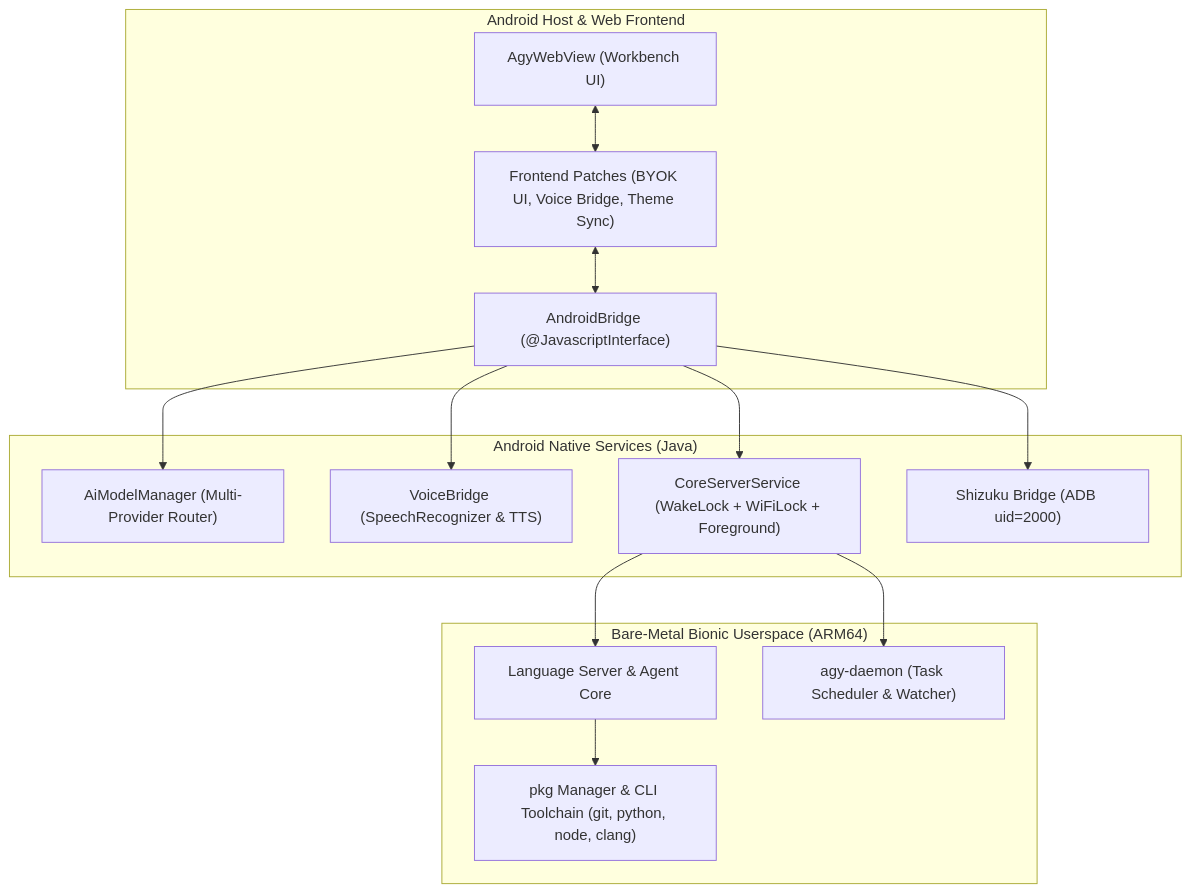
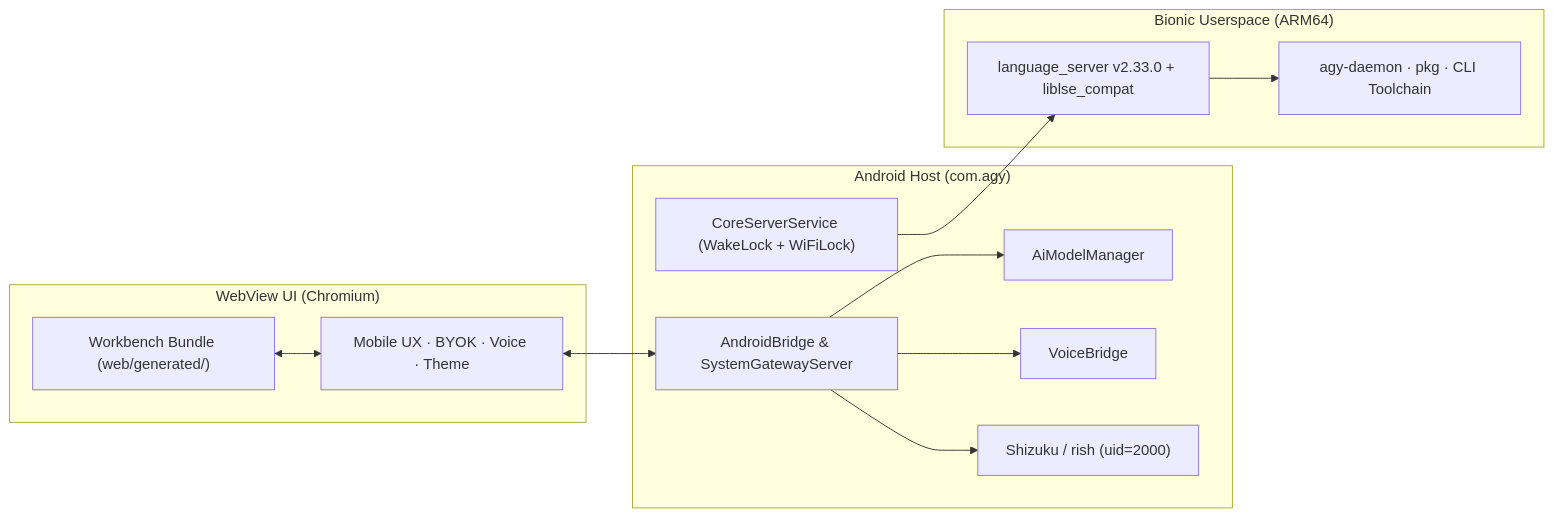
Before and after one commit to Comzvy/antigravity-arm64-android: the diagram in README.md, drawn with Mermaid. The commit also changed other lines of this file and 4 other files, not shown here.

````diff
--- a/README.md
+++ b/README.md
@@ -134,30 +103,28 @@
 ```mermaid
-flowchart TB
-    subgraph UI["Android Host & Web Frontend"]
-        WV["AgyWebView (Workbench UI)"]
-        PATCH["Frontend Patches (BYOK UI, Voice Bridge, Theme Sync)"]
-        BRIDGE["AndroidBridge (@JavascriptInterface)"]
-        WV <--> PATCH
-        PATCH <--> BRIDGE
+flowchart LR
+    subgraph WEB["WebView UI (Chromium)"]
+        UI["Workbench Bundle (web/generated/)"]
+        PATCH["Mobile UX · BYOK · Voice · Theme"]
     end
 
-    subgraph NATIVE["Android Native Services (Java)"]
-        AI["AiModelManager (Multi-Provider Router)"]
-        VOICE["VoiceBridge (SpeechRecognizer & TTS)"]
-        SVC["CoreServerService (WakeLock + WiFiLock + Foreground)"]
-        SHIZUKU["Shizuku Bridge (ADB uid=2000)"]
-        BRIDGE --> AI
-        BRIDGE --> VOICE
-        BRIDGE --> SVC
-        BRIDGE --> SHIZUKU
+    subgraph JAVA["Android Host (com.agy)"]
+        BRIDGE["AndroidBridge & SystemGatewayServer"]
+        AI["AiModelManager"]
+        VOICE["VoiceBridge"]
+        SVC["CoreServerService (WakeLock + WiFiLock)"]
+        SHIZUKU["Shizuku / rish (uid=2000)"]
     end
 
-    subgraph CORE["Bare-Metal Bionic Userspace (ARM64)"]
-        LS["Language Server & Agent Core"]
-        DAEMON["agy-daemon (Task Scheduler & Watcher)"]
-        PKG["pkg Manager & CLI Toolchain (git, python, node, clang)"]
-        SVC --> LS
-        SVC --> DAEMON
-        LS --> PKG
+    subgraph NATIVE["Bionic Userspace (ARM64)"]
+        LS["language_server v2.33.0 + liblse_compat"]
+        DAEMON["agy-daemon · pkg · CLI Toolchain"]
     end
+
+    UI <--> PATCH
+    PATCH <--> BRIDGE
+    BRIDGE --> AI
+    BRIDGE --> VOICE
+    BRIDGE --> SHIZUKU
+    SVC --> LS
+    LS --> DAEMON
 ```
````
